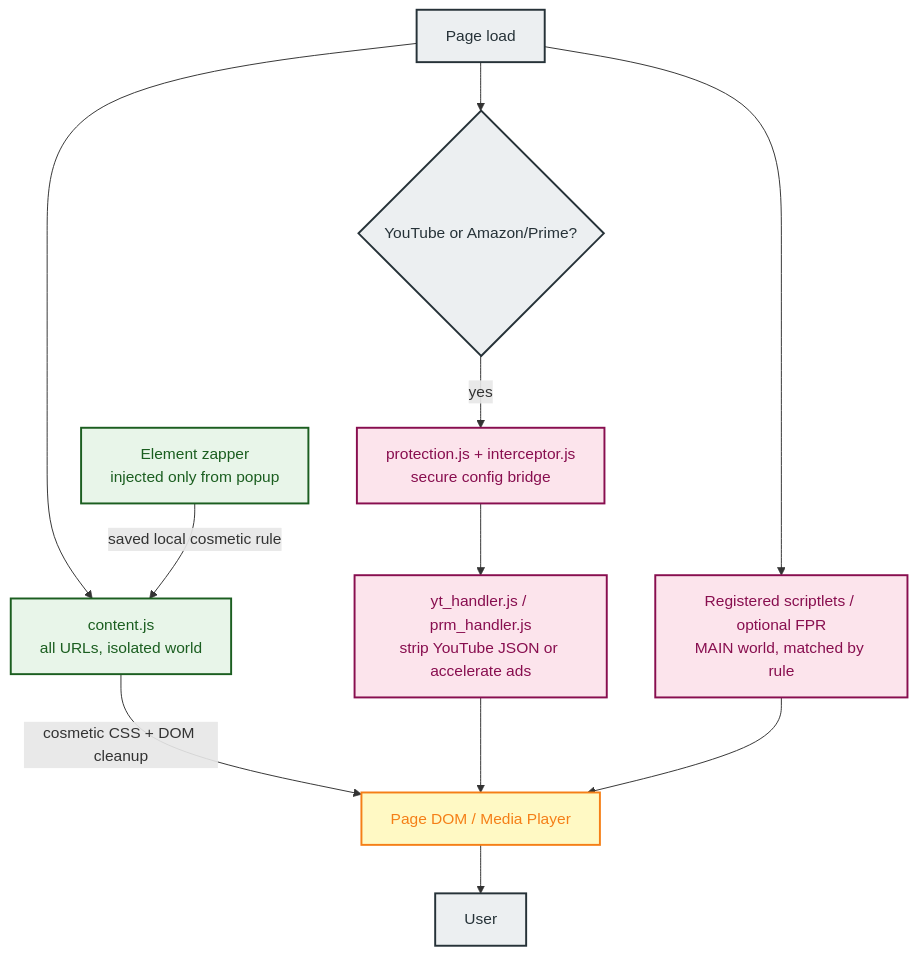
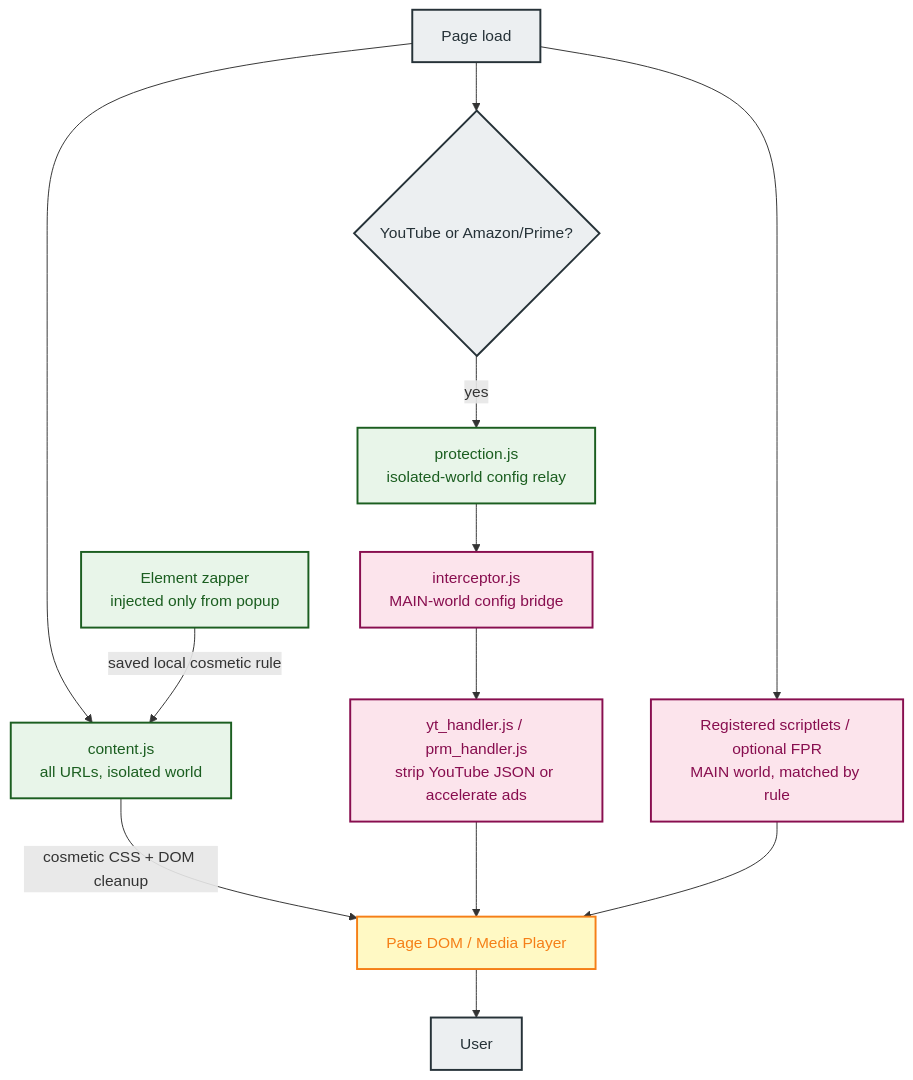
Before and after one commit to Dabrogost/Chroma-Ad-Blocker: the diagram in README.md, drawn with Mermaid. The commit also changed other lines of this file and 32 other files, not shown here.

````diff
--- a/README.md
+++ b/README.md
@@ -58,26 +58,27 @@
 ```mermaid
 graph TD
     classDef ext fill:#e8f5e9,color:#1b5e20,stroke:#1b5e20,stroke-width:2px
     classDef main fill:#fce4ec,color:#880e4f,stroke:#880e4f,stroke-width:2px
     classDef page fill:#fff9c4,color:#f57f17,stroke:#f57f17,stroke-width:2px
     classDef actor fill:#eceff1,color:#263238,stroke:#263238,stroke-width:2px
 
     LOAD["Page load"]:::actor
     PAGE["Page DOM / Media Player"]:::page
     USER["User"]:::actor
 
     LOAD --> CONTENT["content.js<br/>all URLs, isolated world"]:::ext
     CONTENT -->|"cosmetic CSS + DOM cleanup"| PAGE
 
     LOAD --> MEDIA{"YouTube or Amazon/Prime?"}:::actor
-    MEDIA -->|"yes"| BRIDGE["protection.js + interceptor.js<br/>secure config bridge"]:::main
+    MEDIA -->|"yes"| PROTECTION["protection.js<br/>isolated-world config relay"]:::ext
+    PROTECTION --> BRIDGE["interceptor.js<br/>MAIN-world config bridge"]:::main
     BRIDGE --> HANDLERS["yt_handler.js / prm_handler.js<br/>strip YouTube JSON or accelerate ads"]:::main
     HANDLERS --> PAGE
 
     LOAD --> SCRIPTLETS["Registered scriptlets / optional FPR<br/>MAIN world, matched by rule"]:::main
     SCRIPTLETS --> PAGE
 
     ZAP["Element zapper<br/>injected only from popup"]:::ext -->|"saved local cosmetic rule"| CONTENT
 
     PAGE --> USER
 ```
````
